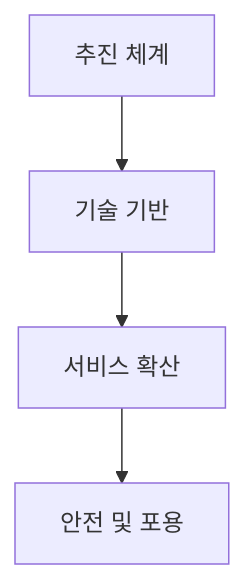
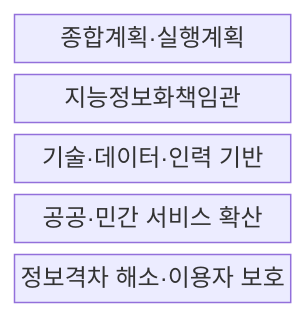
The first of 2 diagrams in src/content/docs/notes/07-law-policy/021_intelligent_informatization_basic_act.md (agnusdei1207/knowledge-base), drawn with Mermaid before and after one commit. The commit also changed other lines of this file and 9 other files, not shown here.

````diff
--- a/src/content/docs/notes/07-law-policy/021_intelligent_informatization_basic_act.md
+++ b/src/content/docs/notes/07-law-policy/021_intelligent_informatization_basic_act.md
@@ -55,6 +50,9 @@
 ```mermaid
-flowchart TD
-    추진_체계["추진 체계"] --> 기술_기반["기술 기반"]
-    기술_기반 --> 서비스_확산["서비스 확산"]
-    서비스_확산 --> 안전_및_포용["안전 및 포용"]
+block-beta
+    columns 1
+    A["종합계획·실행계획"]
+    B["지능정보화책임관"]
+    C["기술·데이터·인력 기반"]
+    D["공공·민간 서비스 확산"]
+    E["정보격차 해소·이용자 보호"]
 ```
````
